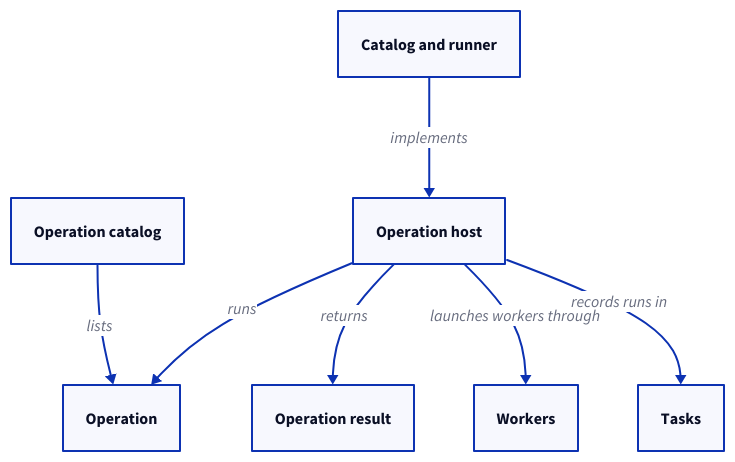
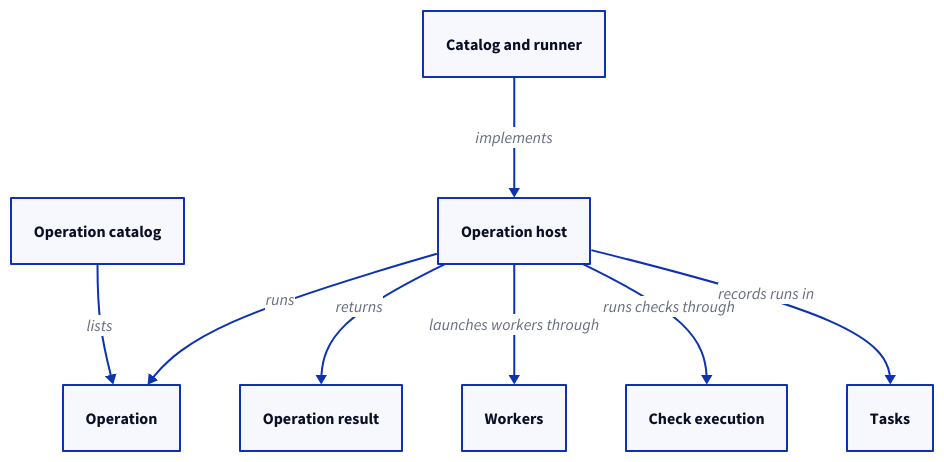
Before and after one commit to FTOD/concorde: the first of 4 diagrams in specs/concorde/operations/module.md, drawn with D2. The commit also changed other lines of this file and 15 other files, not shown here.

````diff
--- a/specs/concorde/operations/module.md
+++ b/specs/concorde/operations/module.md
@@ -134,15 +147,17 @@
 ```d2
 catalog: Operation catalog
 operation: Operation
 host: Operation host
 result: Operation result
 workers: Workers
 tasks: Tasks
 runner: Catalog and runner
+checks: Check execution
 catalog -> operation: lists
 host -> operation: runs
 host -> result: returns
 host -> workers: launches workers through
+host -> checks: runs checks through
 host -> tasks: records runs in
 runner -> host: implements
 ```
````
